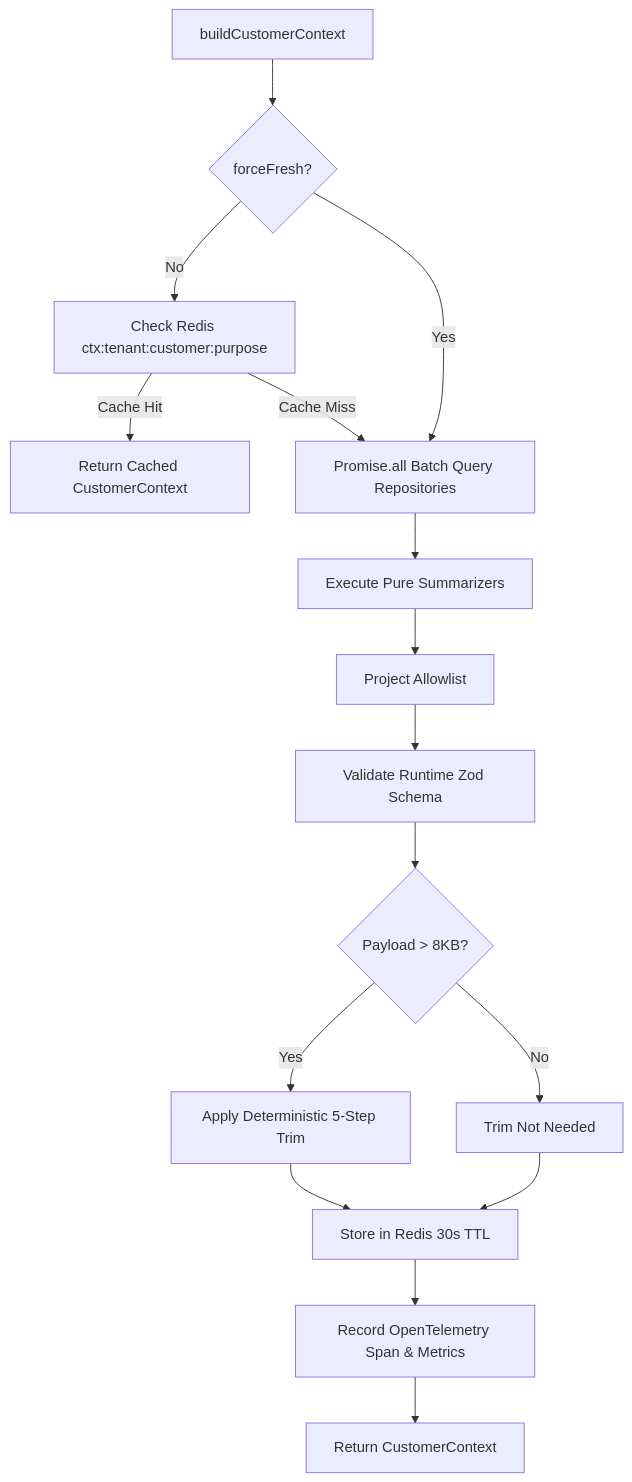
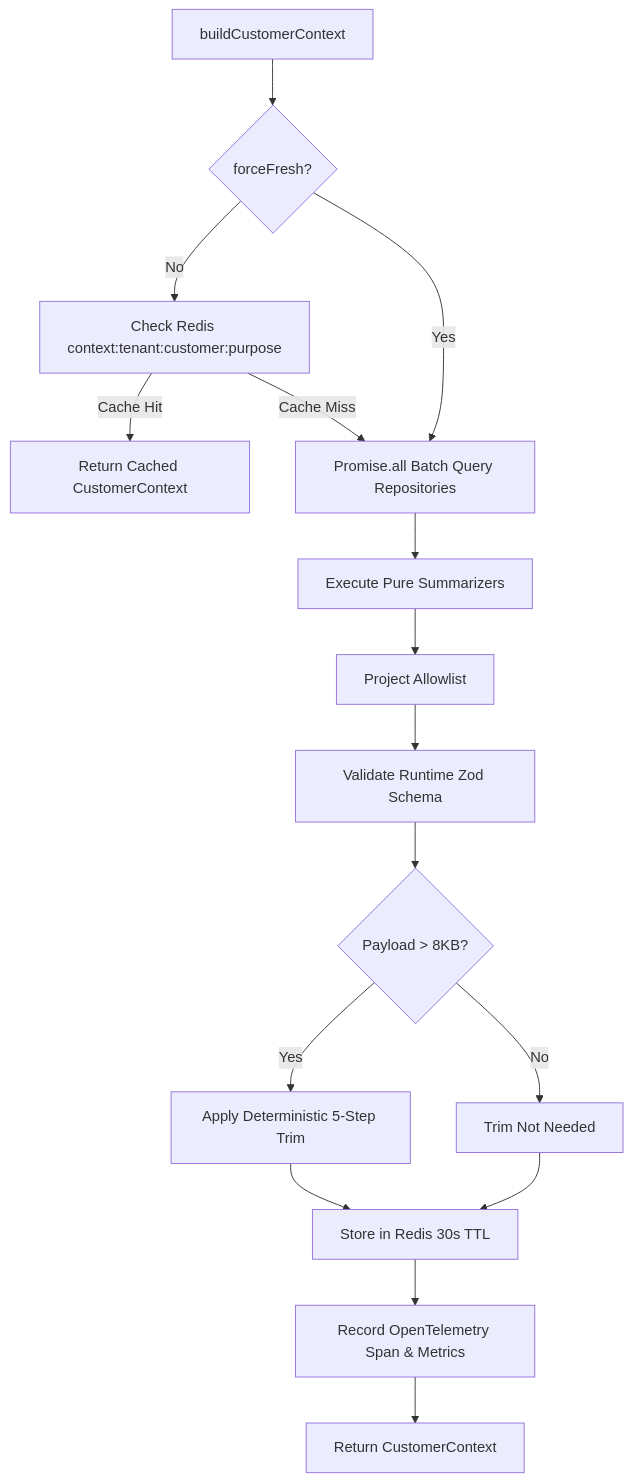
The diagram in docs/explanation/s-13-explanation.md (Ronitdoes/FinPoint), drawn with Mermaid before and after one commit. The commit also changed other lines of this file and 276 other files, not shown here.

````diff
--- a/docs/explanation/s-13-explanation.md
+++ b/docs/explanation/s-13-explanation.md
@@ -173,18 +176,18 @@
 ```mermaid
 flowchart TD
     A[buildCustomerContext] --> B{forceFresh?}
-    B -- No --> C[Check Redis ctx:tenant:customer:purpose]
+    B -- No --> C[Check Redis context:tenant:customer:purpose]
     C -- Cache Hit --> D[Return Cached CustomerContext]
     C -- Cache Miss --> E[Promise.all Batch Query Repositories]
     B -- Yes --> E
     E --> F[Execute Pure Summarizers]
     F --> G[Project Allowlist]
     G --> H[Validate Runtime Zod Schema]
     H --> I{Payload > 8KB?}
     I -- Yes --> J[Apply Deterministic 5-Step Trim]
     I -- No --> K[Trim Not Needed]
     J --> L[Store in Redis 30s TTL]
     K --> L
     L --> M[Record OpenTelemetry Span & Metrics]
     M --> N[Return CustomerContext]
 ```
````
